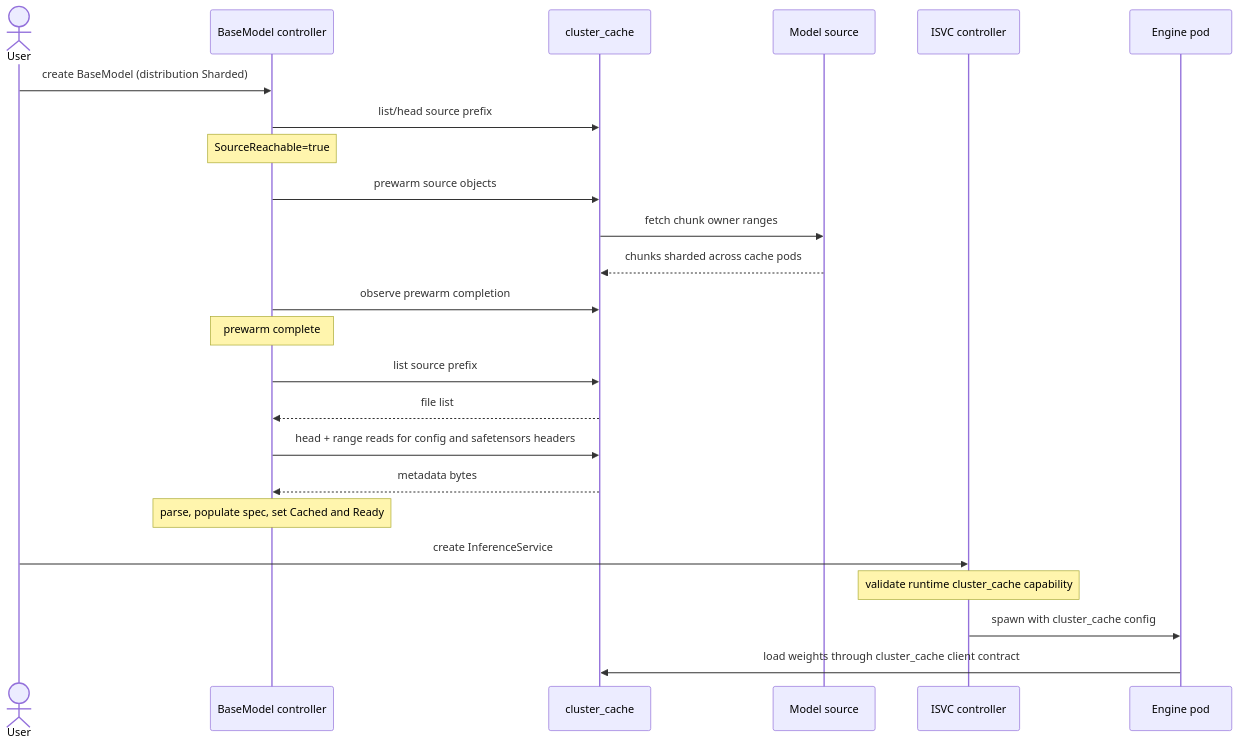
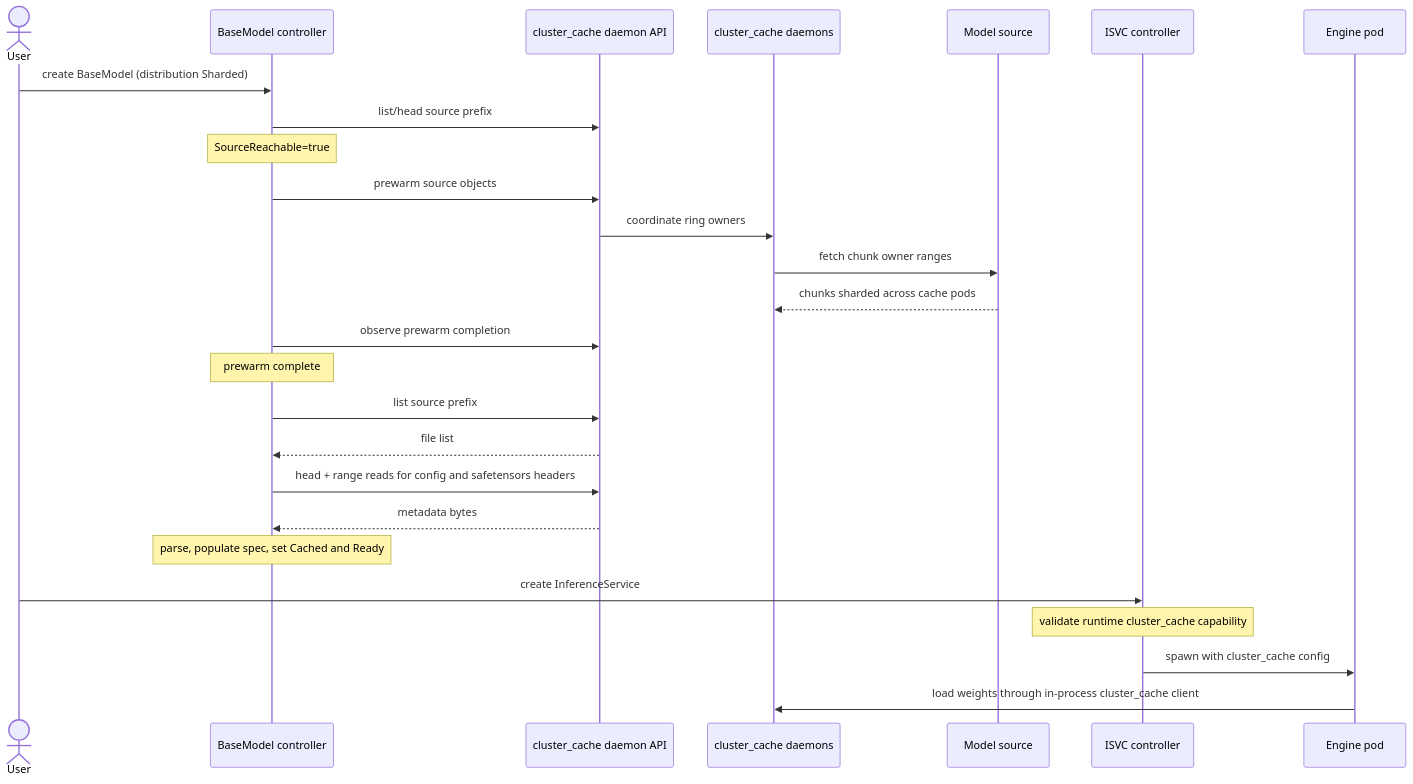
The diagram in oeps/0009-ome-cluster-cache-integration/README.md (shaodianwang/ome), drawn with Mermaid before and after one commit. The commit also changed other lines of this file, not shown here.

Commit message:
[OEP] Clarify cluster cache API split (#38)

````diff
--- a/oeps/0009-ome-cluster-cache-integration/README.md
+++ b/oeps/0009-ome-cluster-cache-integration/README.md
@@ -265,29 +303,31 @@
 ```mermaid
 sequenceDiagram
     actor U as User
     participant BMC as BaseModel controller
-    participant CC as cluster_cache
+    participant CCAPI as cluster_cache daemon API
+    participant CC as cluster_cache daemons
     participant SRC as Model source
     participant ISVC as ISVC controller
     participant ENG as Engine pod
 
     U->>BMC: create BaseModel (distribution Sharded)
-    BMC->>CC: list/head source prefix
+    BMC->>CCAPI: list/head source prefix
     Note over BMC: SourceReachable=true
-    BMC->>CC: prewarm source objects
+    BMC->>CCAPI: prewarm source objects
+    CCAPI->>CC: coordinate ring owners
     CC->>SRC: fetch chunk owner ranges
     SRC-->>CC: chunks sharded across cache pods
-    BMC->>CC: observe prewarm completion
+    BMC->>CCAPI: observe prewarm completion
     Note over BMC: prewarm complete
 
-    BMC->>CC: list source prefix
-    CC-->>BMC: file list
-    BMC->>CC: head + range reads for config and safetensors headers
-    CC-->>BMC: metadata bytes
+    BMC->>CCAPI: list source prefix
+    CCAPI-->>BMC: file list
+    BMC->>CCAPI: head + range reads for config and safetensors headers
+    CCAPI-->>BMC: metadata bytes
     Note over BMC: parse, populate spec, set Cached and Ready
 
     U->>ISVC: create InferenceService
     Note over ISVC: validate runtime cluster_cache capability
     ISVC->>ENG: spawn with cluster_cache config
-    ENG->>CC: load weights through cluster_cache client contract
+    ENG->>CC: load weights through in-process cluster_cache client
 ```
````
